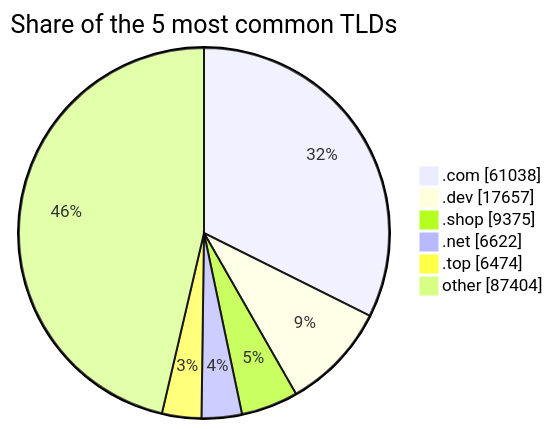
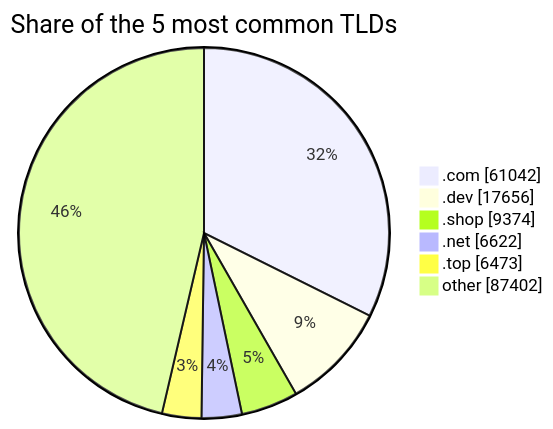
The third of 3 diagrams in README.md (DNSBunker/CTI), drawn with Mermaid before and after one commit. The commit also changed other lines of this file and 3 other files, not shown here.

````diff
--- a/README.md
+++ b/README.md
@@ -81,9 +81,9 @@
 ```mermaid
 pie showData title Share of the 5 most common TLDs
-    ".com" : 61038
-    ".dev" : 17657
-    ".shop" : 9375
+    ".com" : 61042
+    ".dev" : 17656
+    ".shop" : 9374
     ".net" : 6622
-    ".top" : 6474
-    "other" : 87404
+    ".top" : 6473
+    "other" : 87402
 ```
````
